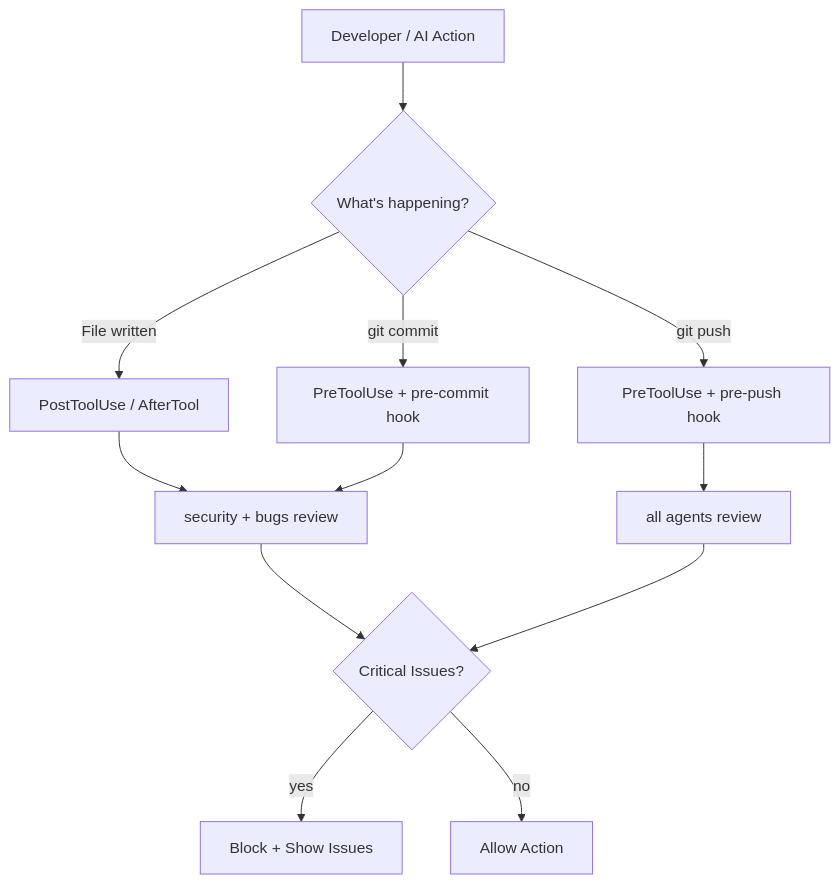
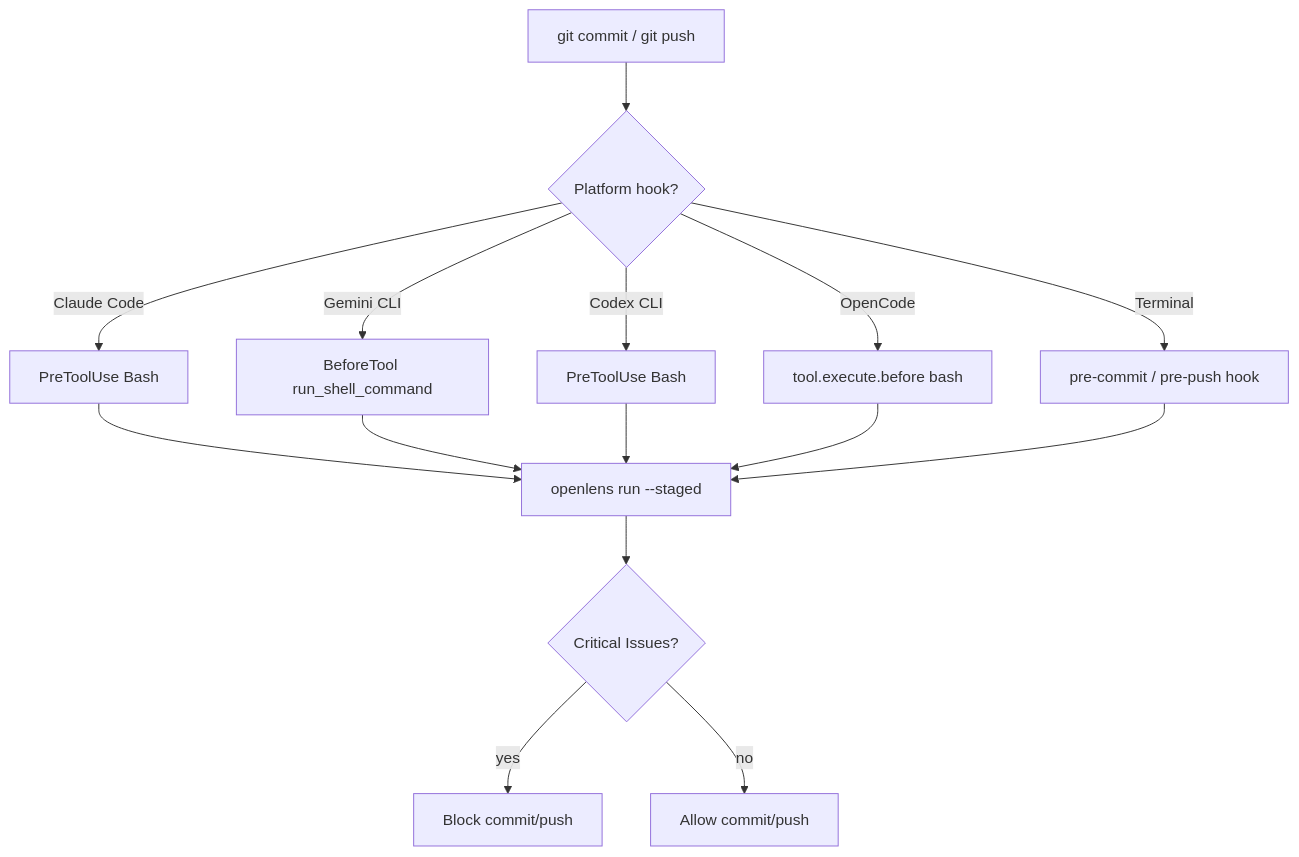
One commit to Traves-Theberge/openlens changed the diagram in docs/guides/hooks-guide.md. Above: the diagram before and after it, drawn with Mermaid. The commit also changed other lines of this file and 4 other files, not shown here.

First line of the commit message:
Fix hooks: only trigger on git commit/push, not file writes

````diff
--- a/docs/guides/hooks-guide.md
+++ b/docs/guides/hooks-guide.md
@@ -293,13 +217,13 @@
 ```mermaid
 graph TD
-    A[Developer / AI Action] --> B{What's happening?}
-    B -->|File written| C[PostToolUse / AfterTool]
-    B -->|git commit| D[PreToolUse + pre-commit hook]
-    B -->|git push| E[PreToolUse + pre-push hook]
-    C --> F[security + bugs review]
-    D --> F
-    E --> G[all agents review]
-    F & G --> H{Critical Issues?}
-    H -->|yes| I[Block + Show Issues]
-    H -->|no| J[Allow Action]
+    A[git commit / git push] --> B{Platform hook?}
+    B -->|Claude Code| C[PreToolUse Bash]
+    B -->|Gemini CLI| D[BeforeTool run_shell_command]
+    B -->|Codex CLI| E[PreToolUse Bash]
+    B -->|OpenCode| F[tool.execute.before bash]
+    B -->|Terminal| G[pre-commit / pre-push hook]
+    C & D & E & F & G --> H[openlens run --staged]
+    H --> I{Critical Issues?}
+    I -->|yes| J[Block commit/push]
+    I -->|no| K[Allow commit/push]
 ```
````
